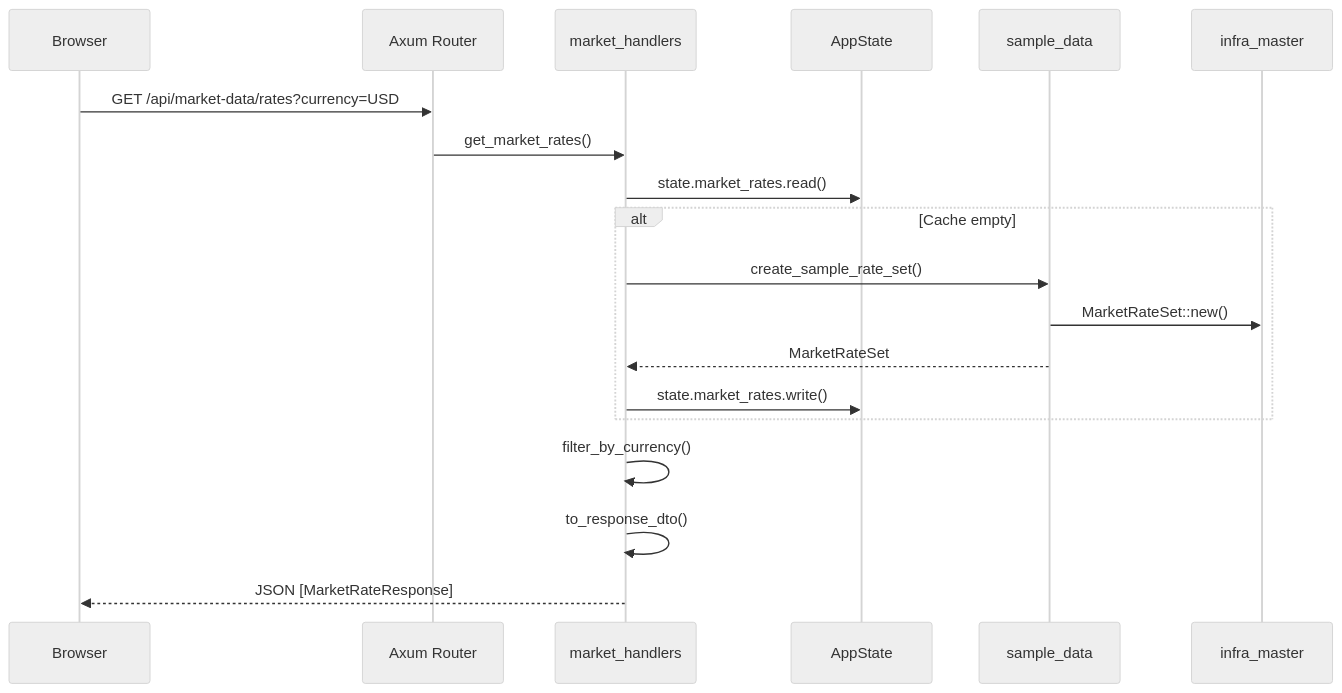
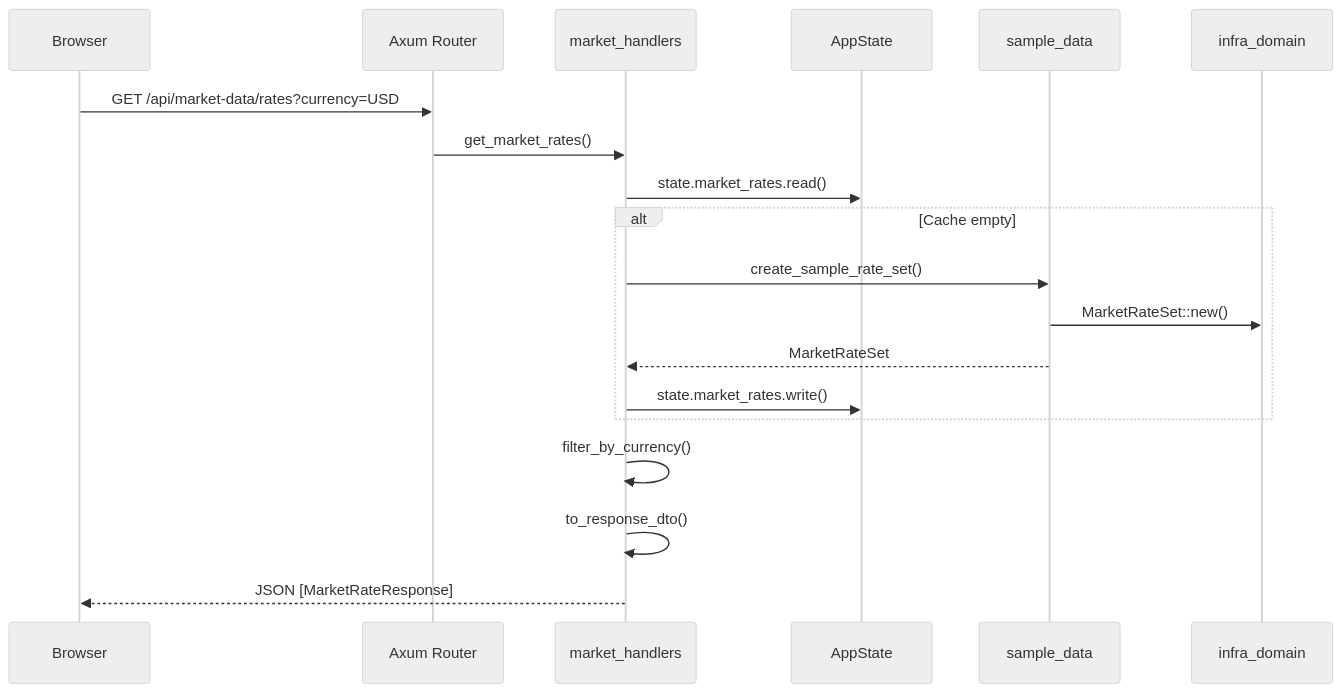
Before and after one commit to neutryx-lab/neutryx-rust: the second of 4 diagrams in .kiro/specs/market-data-viewer-webapp/design.md, drawn with Mermaid (neutral theme). The commit also changed other lines of this file and 303 other files, not shown here.

First line of the commit message:
Refactor imports from `infra_master` to `infra_domain`

````diff
--- a/.kiro/specs/market-data-viewer-webapp/design.md
+++ b/.kiro/specs/market-data-viewer-webapp/design.md
@@ -112,22 +112,22 @@
 ```mermaid
 sequenceDiagram
     participant Browser
     participant Router as Axum Router
     participant Handler as market_handlers
     participant State as AppState
     participant SampleData as sample_data
-    participant InfraMaster as infra_master
+    participant InfraMaster as infra_domain
 
     Browser->>Router: GET /api/market-data/rates?currency=USD
     Router->>Handler: get_market_rates()
     Handler->>State: state.market_rates.read()
     alt Cache empty
         Handler->>SampleData: create_sample_rate_set()
         SampleData->>InfraMaster: MarketRateSet::new()
         SampleData-->>Handler: MarketRateSet
         Handler->>State: state.market_rates.write()
     end
     Handler->>Handler: filter_by_currency()
     Handler->>Handler: to_response_dto()
     Handler-->>Browser: JSON [MarketRateResponse]
 ```
````
